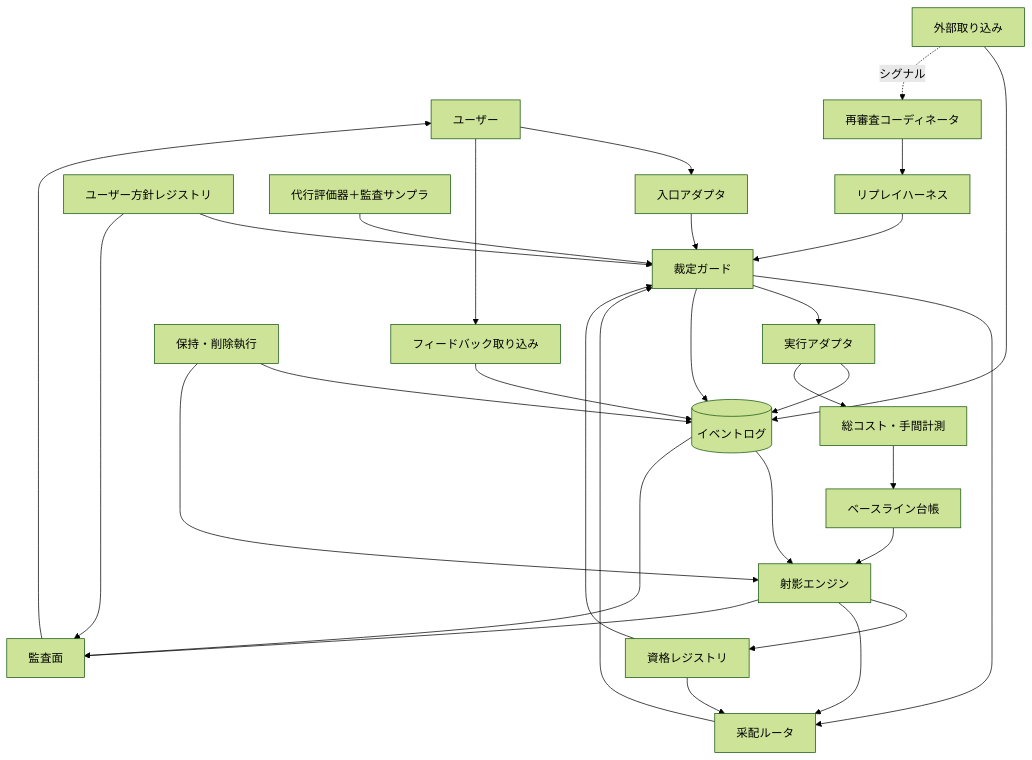
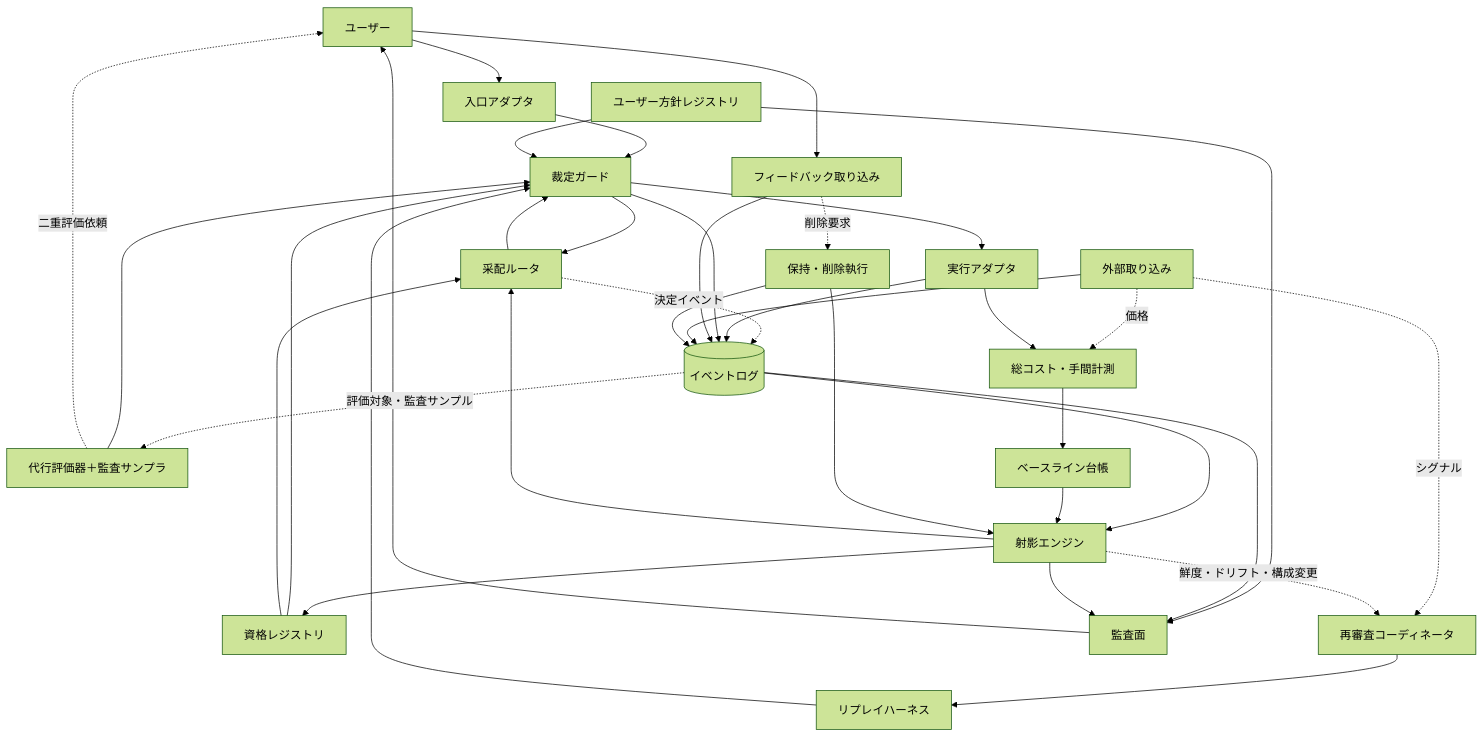
One commit to megumish/agent-dock changed the diagram in DESIGN.md. Above: the diagram before and after it, drawn with Mermaid (forest theme). The commit also changed other lines of this file and 1 other file, not shown here.

````diff
--- a/DESIGN.md
+++ b/DESIGN.md
@@ -45,32 +43,38 @@
 ```mermaid
 graph TD
     U[ユーザー] --> E[入口アダプタ]
     U --> FB[フィードバック取り込み]
     E --> G[裁定ガード]
     G --> R[采配ルータ]
     R --> G
+    R -. 決定イベント .-> LOG
     G --> RUN[実行アダプタ]
     RUN --> LOG[(イベントログ)]
     G --> LOG
     UP[ユーザー方針レジストリ] --> G
     QR[資格レジストリ] --> G
     FB --> LOG
-    PX[代行評価器＋監査サンプラ] --> G
+    FB -. 削除要求 .-> RD
+    LOG -. 評価対象・監査サンプル .-> PX[代行評価器＋監査サンプラ]
+    PX --> G
+    PX -. 二重評価依頼 .-> U
     RP[リプレイハーネス] --> G
     EXT[外部取り込み] --> LOG
-    RC[再審査コーディネータ] --> RP
+    EXT -. 価格 .-> CM
     EXT -. シグナル .-> RC
+    PRJ -. 鮮度・ドリフト・構成変更 .-> RC[再審査コーディネータ]
+    RC --> RP
     LOG --> PRJ[射影エンジン]
     BL[ベースライン台帳] --> PRJ
     RUN --> CM[総コスト・手間計測]
     CM --> BL
     PRJ --> QR
     PRJ --> R
     QR --> R
     RD[保持・削除執行] --> LOG
     RD --> PRJ
     UP --> AV[監査面]
     LOG --> AV
     PRJ --> AV
     AV --> U
 ```
````
